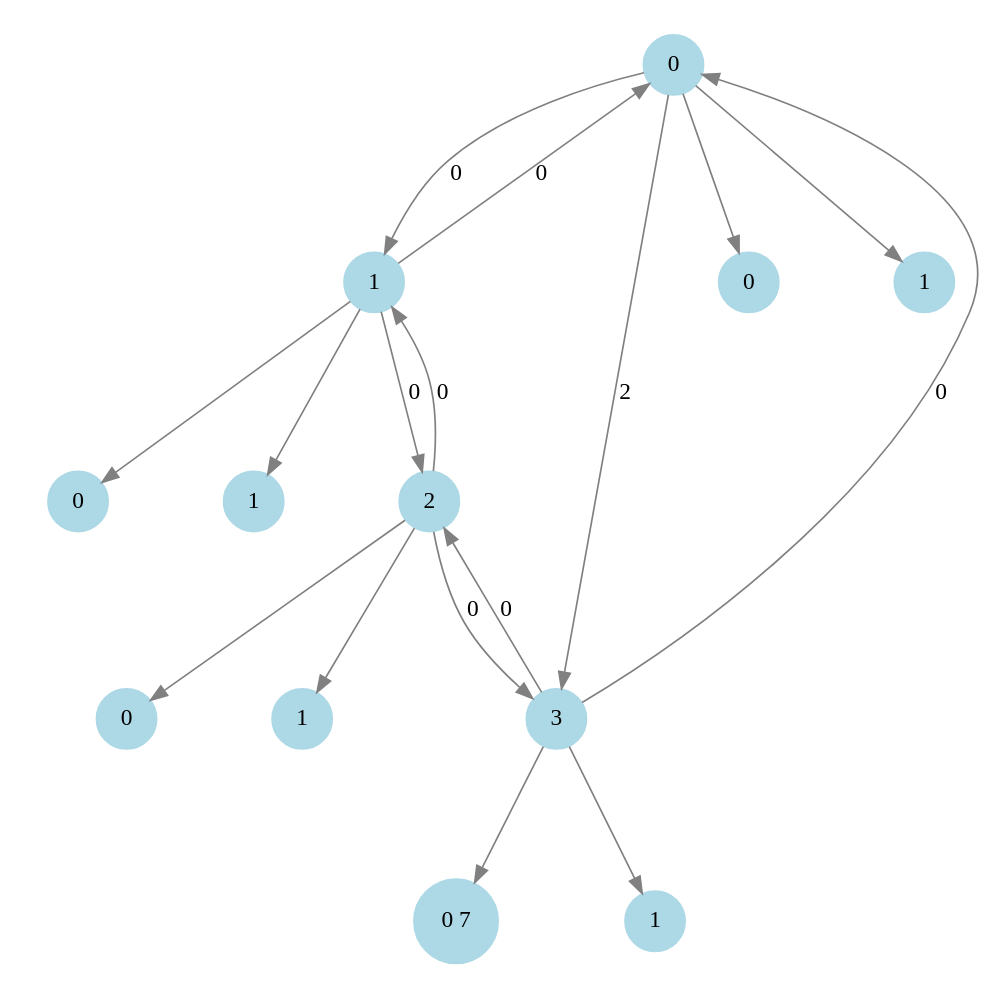
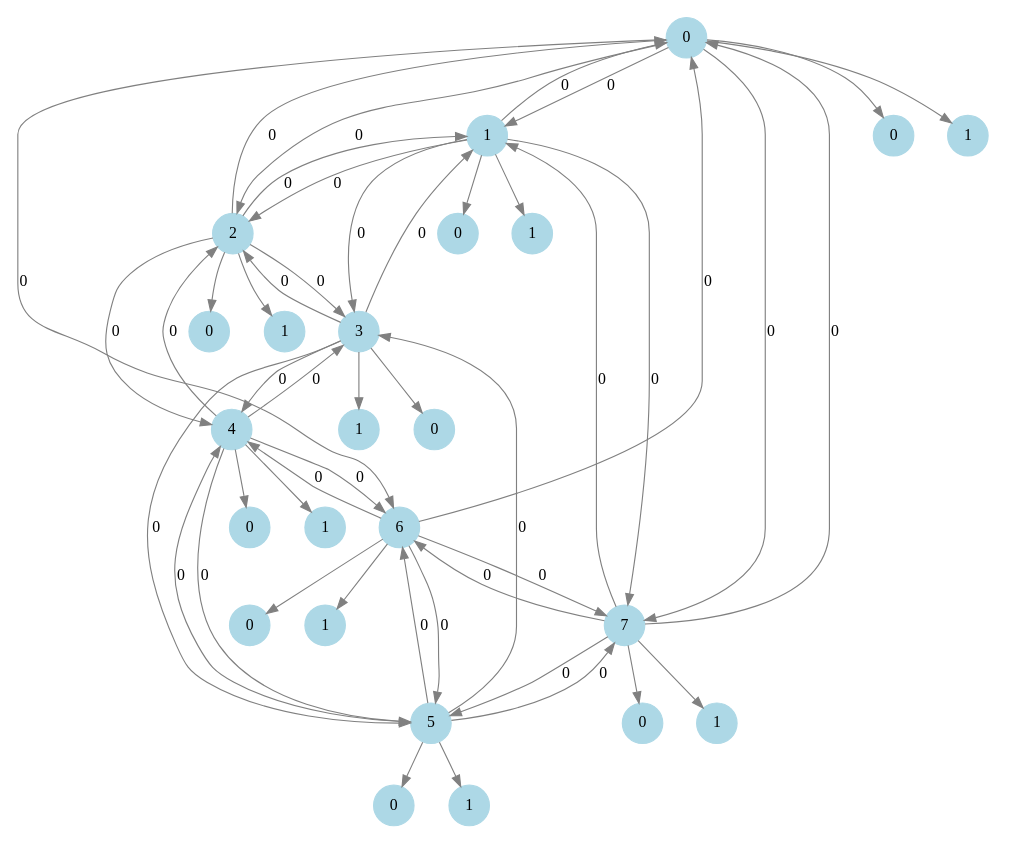
The diagram in Trabajo_Final/src/grafo.dot (Fede108/Algoritmos-y-estructura-de-Datos), drawn with Graphviz before and after one commit. The commit also changed 7 other files, not shown here.

```diff
--- a/Trabajo_Final/src/grafo.dot
+++ b/Trabajo_Final/src/grafo.dot
@@ -1,30 +1,70 @@
 digraph G {
     node [shape=circle, style=filled, color=lightblue];
     edge [color=gray, penwidth=1];
     size="8,8";
     ratio="fill";
     0 -> 1 [label="0"];
-    0 -> 3 [label="2"];
+    0 -> 2 [label="0"];
+    0 -> 6 [label="0"];
+    0 -> 7 [label="0"];
     0 -> 00;
     00 [label="0"];
     0 -> 10;
     10 [label="1"];
     1 -> 0 [label="0"];
     1 -> 2 [label="0"];
+    1 -> 3 [label="0"];
+    1 -> 7 [label="0"];
     1 -> 01;
     01 [label="0"];
     1 -> 11;
     11 [label="1"];
+    2 -> 0 [label="0"];
     2 -> 1 [label="0"];
     2 -> 3 [label="0"];
+    2 -> 4 [label="0"];
     2 -> 02;
     02 [label="0"];
     2 -> 12;
     12 [label="1"];
-    3 -> 0 [label="0"];
+    3 -> 1 [label="0"];
     3 -> 2 [label="0"];
+    3 -> 4 [label="0"];
+    3 -> 5 [label="0"];
     3 -> 03;
-    03 [label="0 7"];
+    03 [label="0"];
     3 -> 13;
     13 [label="1"];
+    4 -> 2 [label="0"];
+    4 -> 3 [label="0"];
+    4 -> 5 [label="0"];
+    4 -> 6 [label="0"];
+    4 -> 04;
+    04 [label="0"];
+    4 -> 14;
+    14 [label="1"];
+    5 -> 3 [label="0"];
+    5 -> 4 [label="0"];
+    5 -> 6 [label="0"];
+    5 -> 7 [label="0"];
+    5 -> 05;
+    05 [label="0"];
+    5 -> 15;
+    15 [label="1"];
+    6 -> 0 [label="0"];
+    6 -> 4 [label="0"];
+    6 -> 5 [label="0"];
+    6 -> 7 [label="0"];
+    6 -> 06;
+    06 [label="0"];
+    6 -> 16;
+    16 [label="1"];
+    7 -> 0 [label="0"];
+    7 -> 1 [label="0"];
+    7 -> 5 [label="0"];
+    7 -> 6 [label="0"];
+    7 -> 07;
+    07 [label="0"];
+    7 -> 17;
+    17 [label="1"];
 }
```
